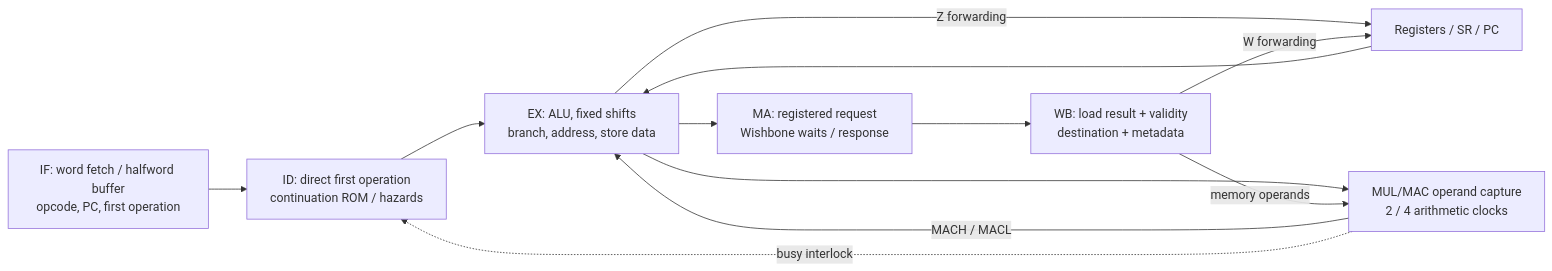
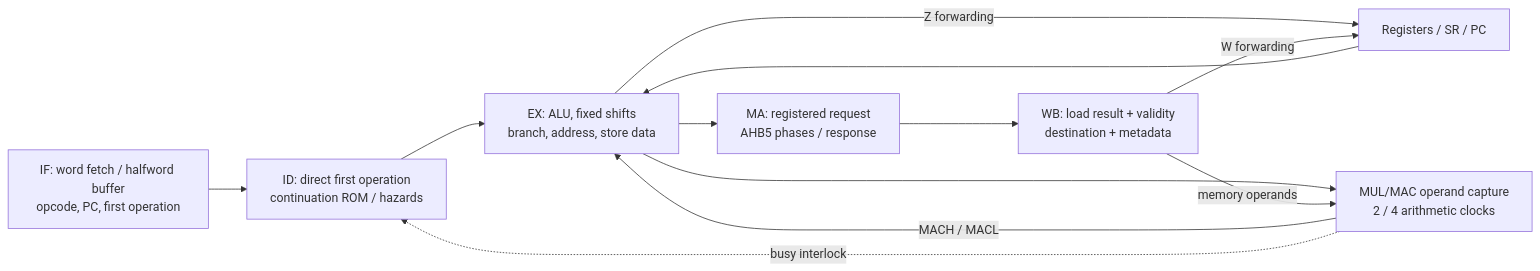
One commit to PreviousVOD/VexJ2 changed the first of 3 diagrams in docs/cpu-architecture.md. Above: the diagram before and after it, drawn with Mermaid. The commit also changed other lines of this file and 49 other files, not shown here.

````diff
--- a/docs/cpu-architecture.md
+++ b/docs/cpu-architecture.md
@@ -47,14 +47,14 @@
 ```mermaid
 flowchart LR
   IF["IF: word fetch / halfword buffer<br/>opcode, PC, first operation"] --> ID["ID: direct first operation<br/>continuation ROM / hazards"]
   ID --> EX["EX: ALU, fixed shifts<br/>branch, address, store data"]
-  EX --> MA["MA: registered request<br/>Wishbone waits / response"]
+  EX --> MA["MA: registered request<br/>AHB5 phases / response"]
   MA --> WB["WB: load result + validity<br/>destination + metadata"]
   EX -->|Z forwarding| RF["Registers / SR / PC"]
   WB -->|W forwarding| RF
   RF --> EX
   EX --> MUL["MUL/MAC operand capture<br/>2 / 4 arithmetic clocks"]
   WB -->|memory operands| MUL
   MUL -->|MACH / MACL| EX
   MUL -. busy interlock .-> ID
 ```
````
